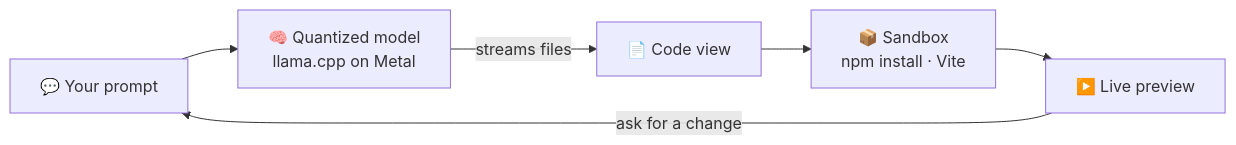
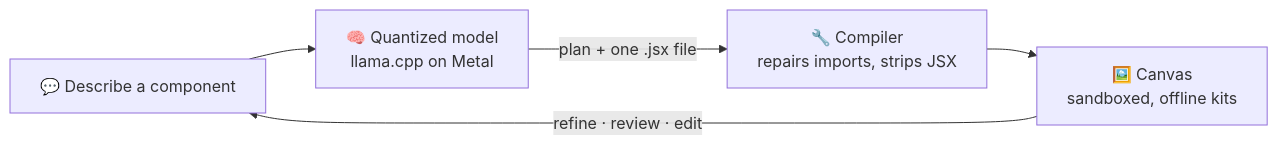
One commit to obcraft/Jemero changed the diagram in README.md. Above: the diagram before and after it, drawn with Mermaid. The commit also changed other lines of this file and 8 other files, not shown here.

````diff
--- a/README.md
+++ b/README.md
@@ -103,8 +108,7 @@
 ```mermaid
 flowchart LR
-    A["💬 Your prompt"] --> B["🧠 Quantized model<br/>llama.cpp on Metal"]
-    B -- "streams files" --> C["📄 Code view"]
-    C --> D["📦 Sandbox<br/>npm install · Vite"]
-    D --> E["▶️ Live preview"]
-    E -- "ask for a change" --> A
+    A["💬 Describe a component"] --> B["🧠 Quantized model<br/>llama.cpp on Metal"]
+    B -- "plan + one .jsx file" --> C["🔧 Compiler<br/>repairs imports, strips JSX"]
+    C --> D["🖼️ Canvas<br/>sandboxed, offline kits"]
+    D -- "refine · review · edit" --> A
 ```
````
